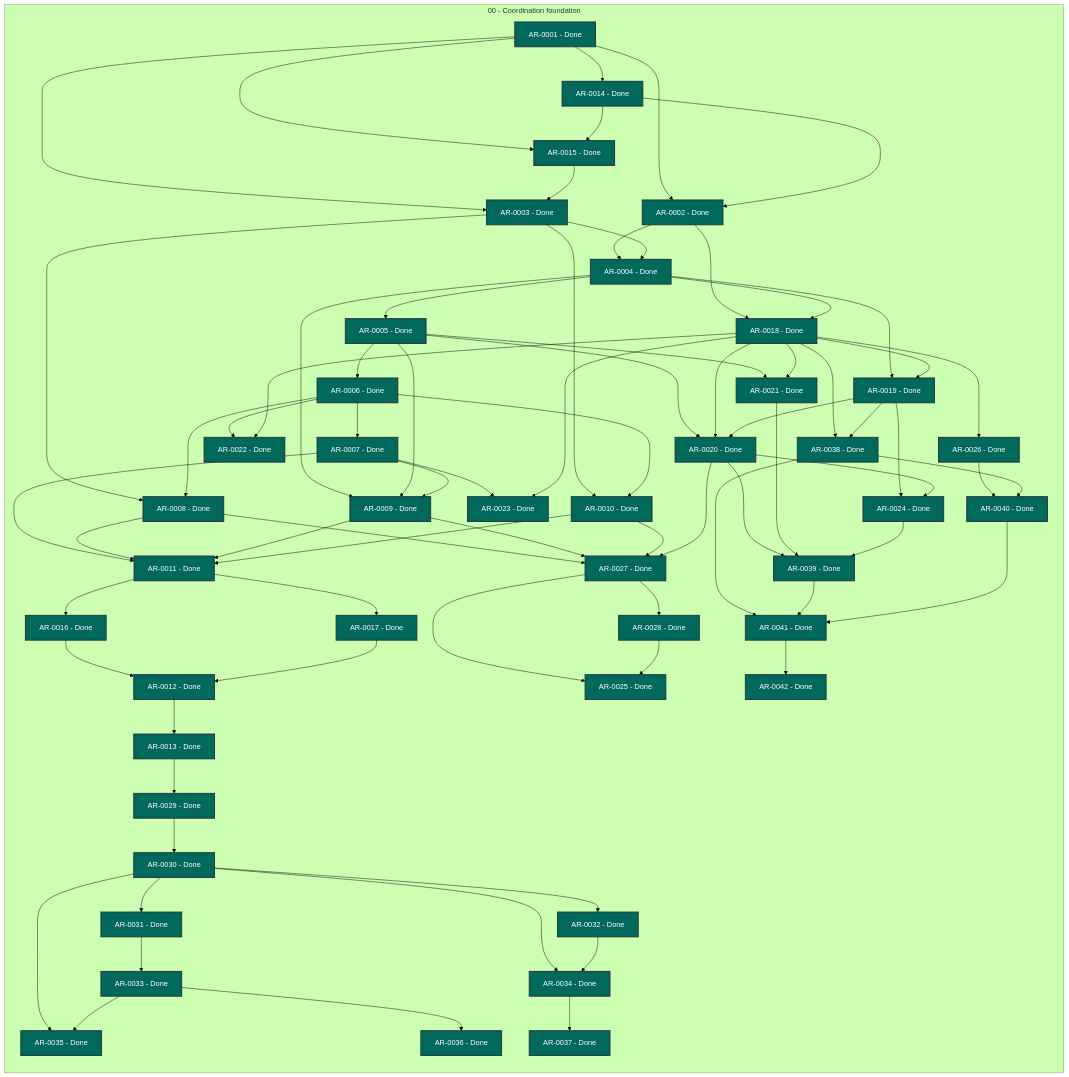
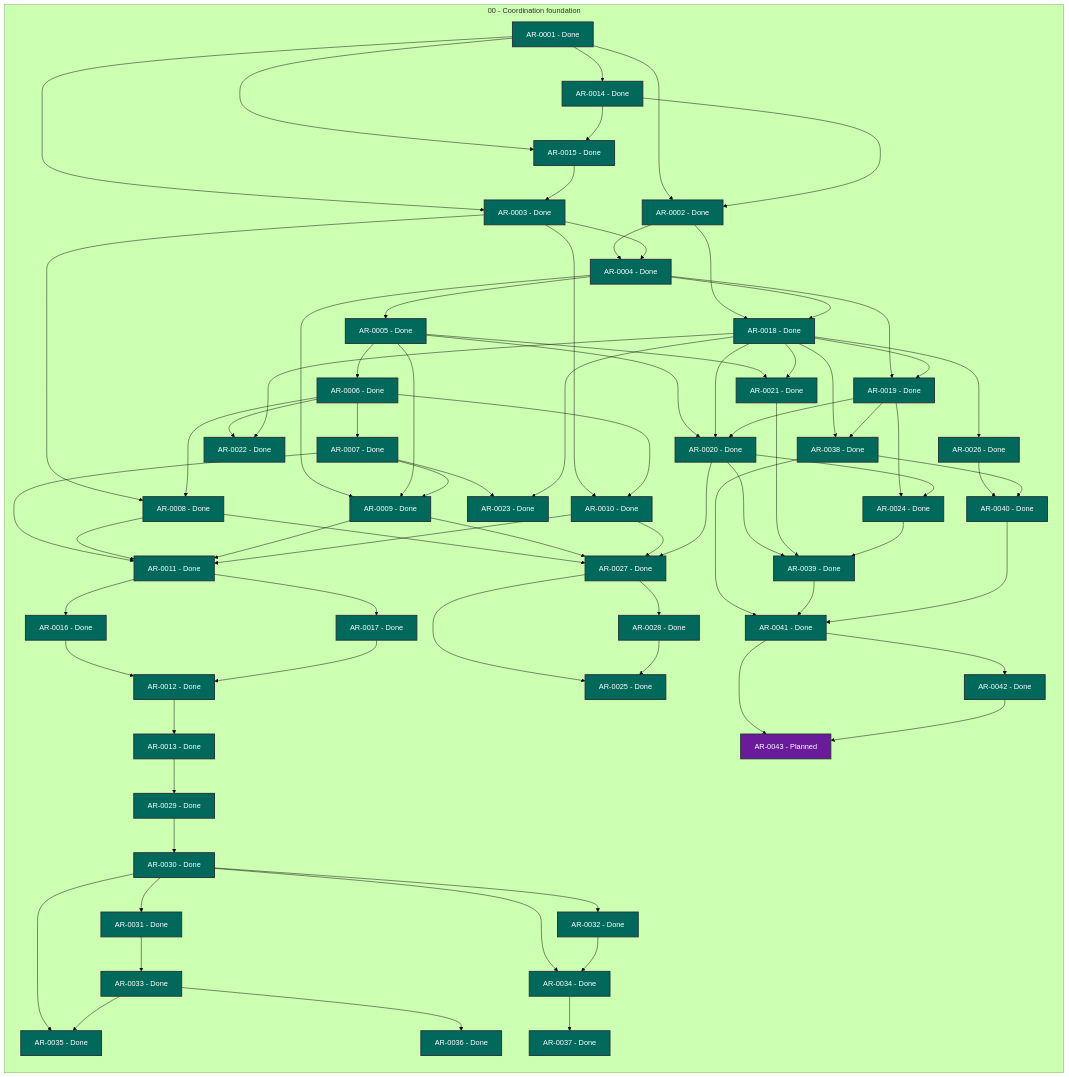
Before and after one commit to martin-beck/agent-workflow-tui-state: the diagram in STATUS.md, drawn with Mermaid (forest theme). The commit also changed other lines of this file and 1 other file, not shown here.

```diff
--- a/STATUS.md
+++ b/STATUS.md
@@ -70,6 +70,7 @@
         AR_0040["AR-0040 - Done"]:::status_done
         AR_0041["AR-0041 - Done"]:::status_done
         AR_0042["AR-0042 - Done"]:::status_done
+        AR_0043["AR-0043 - Planned"]:::status_planned
     end
     AR_0001 --> AR_0002
     AR_0001 --> AR_0003
@@ -144,6 +145,8 @@
     AR_0039 --> AR_0041
     AR_0040 --> AR_0041
     AR_0041 --> AR_0042
+    AR_0041 --> AR_0043
+    AR_0042 --> AR_0043
     classDef status_in_progress fill:#1565c0,color:#ffffff,stroke:#263238,stroke-width:2px
     classDef status_open fill:#2e7d32,color:#ffffff,stroke:#263238,stroke-width:2px
     classDef status_blocked fill:#c62828,color:#ffffff,stroke:#263238,stroke-width:2px
```
